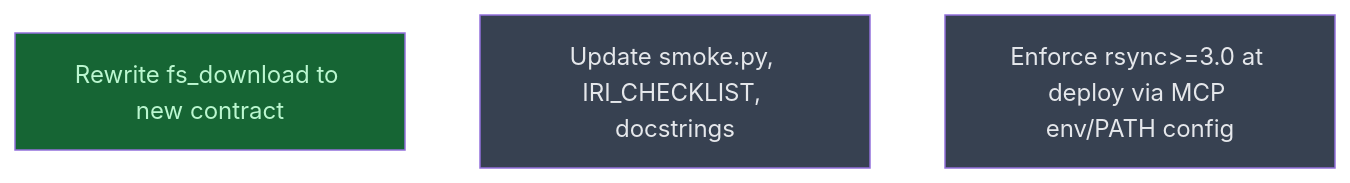
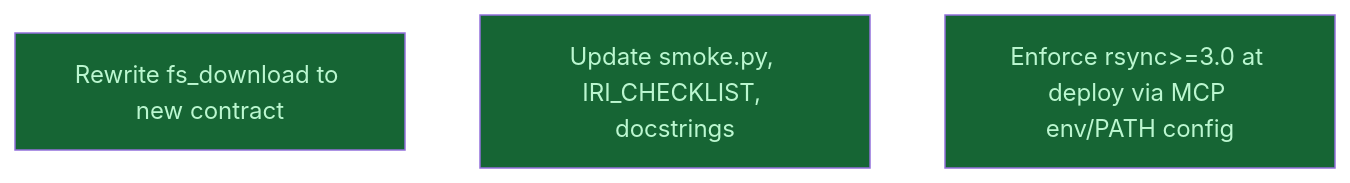
Before and after one commit to RIKEN-RCCS/Rikyu-Agent: the diagram in __roadmap__/fs-download-rework/transports/benchmark/finalize/productionize/README.md, drawn with Mermaid. The commit also changed other lines of this file, not shown here.

Commit message:
docs(roadmap): productionize tier done (tests/docs + deploy)

````diff
--- a/__roadmap__/fs-download-rework/transports/benchmark/finalize/productionize/README.md
+++ b/__roadmap__/fs-download-rework/transports/benchmark/finalize/productionize/README.md
@@ -16,11 +16,11 @@
 ```mermaid
 graph TD
     rewrite_tool[Rewrite fs_download to new contract]:::done
-    tests_and_docs[Update smoke.py, IRI_CHECKLIST, docstrings]:::planned
-    deploy_rsync_env[Enforce rsync>=3.0 at deploy via MCP env/PATH config]:::planned
+    tests_and_docs[Update smoke.py, IRI_CHECKLIST, docstrings]:::done
+    deploy_rsync_env[Enforce rsync>=3.0 at deploy via MCP env/PATH config]:::done
     classDef done       fill:#166534,color:#bbf7d0
     classDef inprogress fill:#854d0e,color:#fef08a
     classDef planned    fill:#374151,color:#e5e7eb
     classDef amendment  fill:#1e3a5f,color:#bfdbfe
     classDef blocked    fill:#7f1d1d,color:#fecaca
 ```
````
